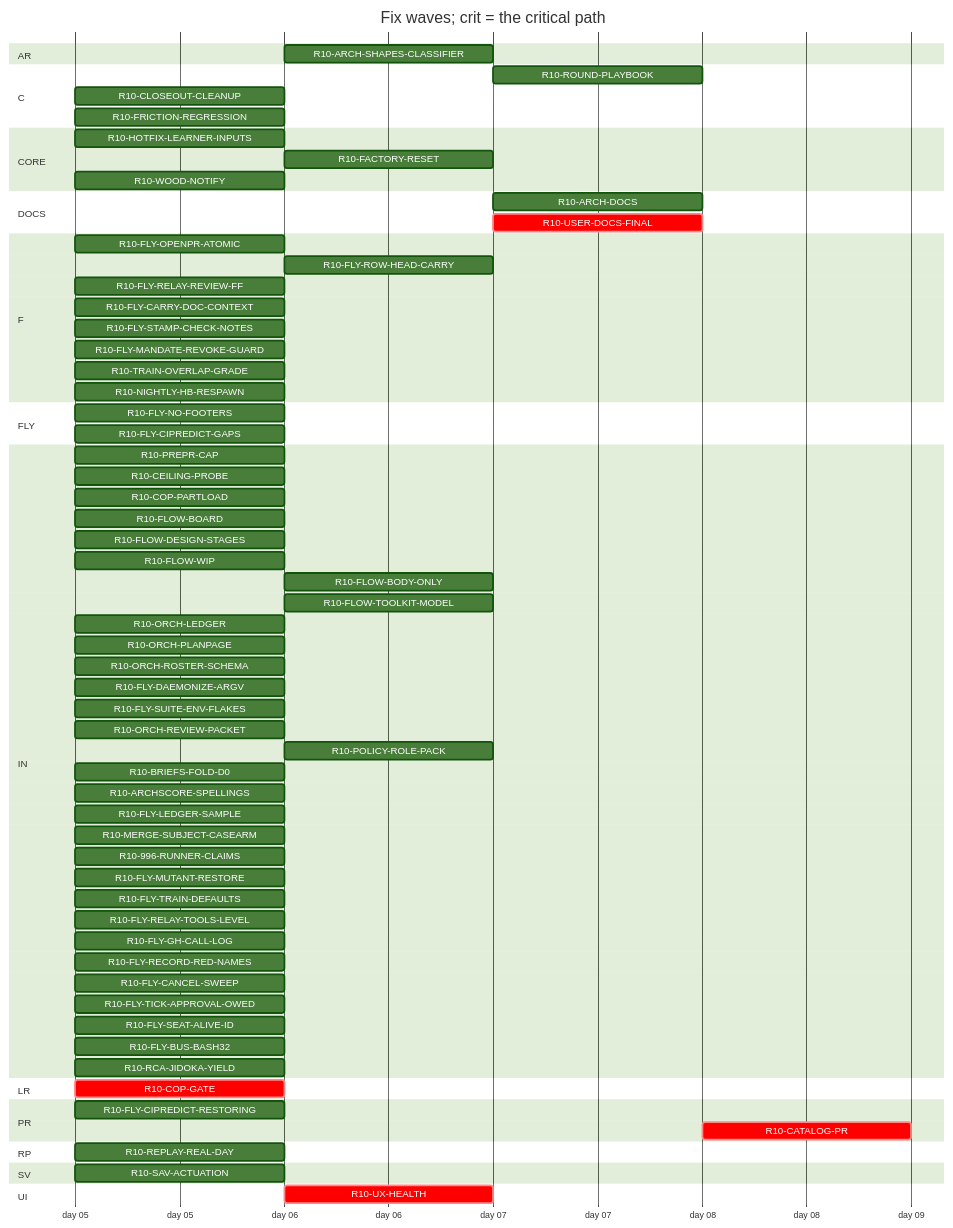
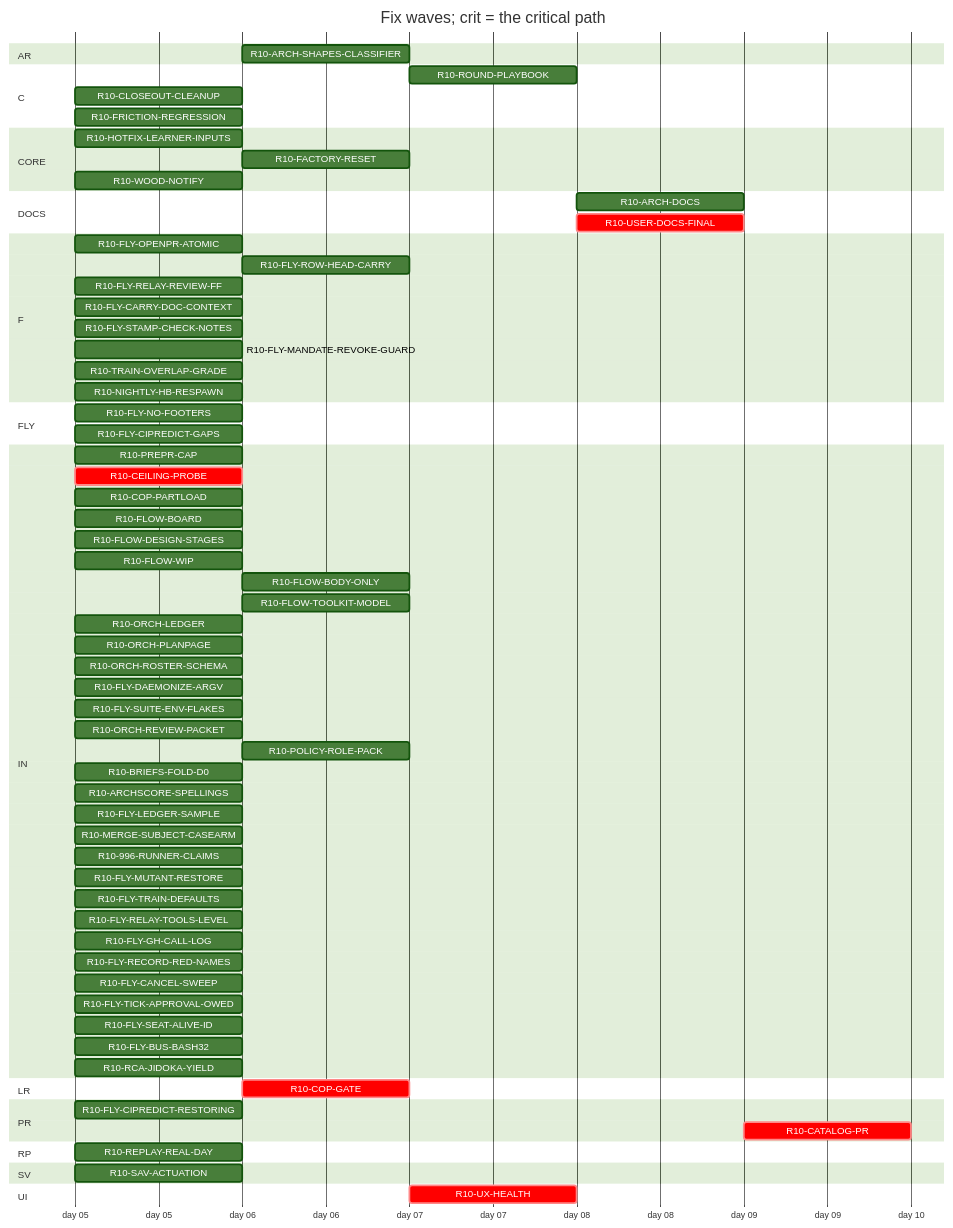
One commit to tvofi/heatpump_optimizer changed the diagram in handoff/round10/state/PLAN-TABLE.md. Above: the diagram before and after it, drawn with Mermaid (forest theme). The commit also changed other lines of this file and 3 other files, not shown here.

Commit message:
state: FLOW-BOARD.md, NEXT-SESSION-PROMPT.md, PLAN-TABLE.md, RESUME-CURRENT.md regenerated (state_docs.py)

````diff
--- a/handoff/round10/state/PLAN-TABLE.md
+++ b/handoff/round10/state/PLAN-TABLE.md
@@ -25,73 +25,73 @@
 ```mermaid
 gantt
   title Fix waves; crit = the critical path
   dateFormat YYYY-MM-DD
   axisFormat day %d
   section AR
     R10-ARCH-SHAPES-CLASSIFIER :r10ARCHSHAPESCLASSIFIER, after r10996RUNNERCLAIMS, 1d
   section C
     R10-ROUND-PLAYBOOK :r10ROUNDPLAYBOOK, after r10ORCHLEDGER r10ORCHPLANPAGE r10FLYRELAYREVIEWFF r10FLOWBODYONLY, 1d
     R10-CLOSEOUT-CLEANUP :r10CLOSEOUTCLEANUP, 2026-01-05, 1d
     R10-FRICTION-REGRESSION :r10FRICTIONREGRESSION, 2026-01-05, 1d
   section CORE
     R10-HOTFIX-LEARNER-INPUTS :r10HOTFIXLEARNERINPUTS, 2026-01-05, 1d
     R10-FACTORY-RESET :r10FACTORYRESET, after r10HOTFIXLEARNERINPUTS, 1d
     R10-WOOD-NOTIFY :r10WOODNOTIFY, 2026-01-05, 1d
   section DOCS
     R10-ARCH-DOCS :r10ARCHDOCS, after r10COPGATE r10UXHEALTH r10CEILINGPROBE r10COPPARTLOAD r10FLOWBOARD r10FLOWDESIGNSTAGES r10FLOWWIP r10FLOWBODYONLY r10FLYOPENPRATOMIC r10FLYROWHEADCARRY r10FLYRELAYREVIEWFF r10FLYCARRYDOCCONTEXT r10FLOWTOOLKITMODEL r10FLYSTAMPCHECKNOTES r10FLYMANDATEREVOKEGUARD r10TRAINOVERLAPGRADE r10NIGHTLYHBRESPAWN r10ORCHLEDGER r10ORCHPLANPAGE r10ORCHROSTERSCHEMA r10FLYDAEMONIZEARGV r10ORCHREVIEWPACKET r10POLICYROLEPACK r10BRIEFSFOLDD0 r10REPLAYREALDAY r10ARCHSCORESPELLINGS r10SAVACTUATION r10FLYLEDGERSAMPLE, 1d
     R10-USER-DOCS-FINAL :crit, r10USERDOCSFINAL, after r10COPGATE r10UXHEALTH r10CEILINGPROBE r10COPPARTLOAD r10FLOWBOARD r10FLOWDESIGNSTAGES r10FLOWWIP r10FLOWBODYONLY r10FLYOPENPRATOMIC r10FLYROWHEADCARRY r10FLYRELAYREVIEWFF r10FLYCARRYDOCCONTEXT r10FLOWTOOLKITMODEL r10FLYSTAMPCHECKNOTES r10FLYMANDATEREVOKEGUARD r10TRAINOVERLAPGRADE r10NIGHTLYHBRESPAWN r10ORCHLEDGER r10ORCHPLANPAGE r10ORCHROSTERSCHEMA r10FLYDAEMONIZEARGV r10ORCHREVIEWPACKET r10POLICYROLEPACK r10BRIEFSFOLDD0 r10REPLAYREALDAY r10ARCHSCORESPELLINGS r10SAVACTUATION r10FLYLEDGERSAMPLE r10HOTFIXLEARNERINPUTS r10FACTORYRESET r10WOODNOTIFY, 1d
   section F
     R10-FLY-OPENPR-ATOMIC :r10FLYOPENPRATOMIC, 2026-01-05, 1d
     R10-FLY-ROW-HEAD-CARRY :r10FLYROWHEADCARRY, after r10FLYOPENPRATOMIC, 1d
     R10-FLY-RELAY-REVIEW-FF :r10FLYRELAYREVIEWFF, 2026-01-05, 1d
     R10-FLY-CARRY-DOC-CONTEXT :r10FLYCARRYDOCCONTEXT, 2026-01-05, 1d
     R10-FLY-STAMP-CHECK-NOTES :r10FLYSTAMPCHECKNOTES, 2026-01-05, 1d
     R10-FLY-MANDATE-REVOKE-GUARD :r10FLYMANDATEREVOKEGUARD, 2026-01-05, 1d
     R10-TRAIN-OVERLAP-GRADE :r10TRAINOVERLAPGRADE, 2026-01-05, 1d
     R10-NIGHTLY-HB-RESPAWN :r10NIGHTLYHBRESPAWN, 2026-01-05, 1d
   section FLY
     R10-FLY-NO-FOOTERS :r10FLYNOFOOTERS, 2026-01-05, 1d
     R10-FLY-CIPREDICT-GAPS :r10FLYCIPREDICTGAPS, 2026-01-05, 1d
   section IN
     R10-PREPR-CAP :r10PREPRCAP, 2026-01-05, 1d
-    R10-CEILING-PROBE :r10CEILINGPROBE, 2026-01-05, 1d
+    R10-CEILING-PROBE :crit, r10CEILINGPROBE, 2026-01-05, 1d
     R10-COP-PARTLOAD :r10COPPARTLOAD, 2026-01-05, 1d
     R10-FLOW-BOARD :r10FLOWBOARD, 2026-01-05, 1d
     R10-FLOW-DESIGN-STAGES :r10FLOWDESIGNSTAGES, 2026-01-05, 1d
     R10-FLOW-WIP :r10FLOWWIP, 2026-01-05, 1d
     R10-FLOW-BODY-ONLY :r10FLOWBODYONLY, after r10FLYOPENPRATOMIC, 1d
     R10-FLOW-TOOLKIT-MODEL :r10FLOWTOOLKITMODEL, after r10ORCHPLANPAGE, 1d
     R10-ORCH-LEDGER :r10ORCHLEDGER, 2026-01-05, 1d
     R10-ORCH-PLANPAGE :r10ORCHPLANPAGE, 2026-01-05, 1d
     R10-ORCH-ROSTER-SCHEMA :r10ORCHROSTERSCHEMA, 2026-01-05, 1d
     R10-FLY-DAEMONIZE-ARGV :r10FLYDAEMONIZEARGV, 2026-01-05, 1d
     R10-FLY-SUITE-ENV-FLAKES :r10FLYSUITEENVFLAKES, 2026-01-05, 1d
     R10-ORCH-REVIEW-PACKET :r10ORCHREVIEWPACKET, 2026-01-05, 1d
     R10-POLICY-ROLE-PACK :r10POLICYROLEPACK, after r10FLOWDESIGNSTAGES, 1d
     R10-BRIEFS-FOLD-D0 :r10BRIEFSFOLDD0, 2026-01-05, 1d
     R10-ARCHSCORE-SPELLINGS :r10ARCHSCORESPELLINGS, 2026-01-05, 1d
     R10-FLY-LEDGER-SAMPLE :r10FLYLEDGERSAMPLE, 2026-01-05, 1d
     R10-MERGE-SUBJECT-CASEARM :r10MERGESUBJECTCASEARM, 2026-01-05, 1d
     R10-996-RUNNER-CLAIMS :r10996RUNNERCLAIMS, 2026-01-05, 1d
     R10-FLY-MUTANT-RESTORE :r10FLYMUTANTRESTORE, 2026-01-05, 1d
     R10-FLY-TRAIN-DEFAULTS :r10FLYTRAINDEFAULTS, 2026-01-05, 1d
     R10-FLY-RELAY-TOOLS-LEVEL :r10FLYRELAYTOOLSLEVEL, 2026-01-05, 1d
     R10-FLY-GH-CALL-LOG :r10FLYGHCALLLOG, 2026-01-05, 1d
     R10-FLY-RECORD-RED-NAMES :r10FLYRECORDREDNAMES, 2026-01-05, 1d
     R10-FLY-CANCEL-SWEEP :r10FLYCANCELSWEEP, 2026-01-05, 1d
     R10-FLY-TICK-APPROVAL-OWED :r10FLYTICKAPPROVALOWED, 2026-01-05, 1d
     R10-FLY-SEAT-ALIVE-ID :r10FLYSEATALIVEID, 2026-01-05, 1d
     R10-FLY-BUS-BASH32 :r10FLYBUSBASH32, 2026-01-05, 1d
     R10-RCA-JIDOKA-YIELD :r10RCAJIDOKAYIELD, 2026-01-05, 1d
   section LR
-    R10-COP-GATE :crit, r10COPGATE, 2026-01-05, 1d
+    R10-COP-GATE :crit, r10COPGATE, after r10CEILINGPROBE, 1d
   section PR
     R10-FLY-CIPREDICT-RESTORING :r10FLYCIPREDICTRESTORING, 2026-01-05, 1d
     R10-CATALOG-PR :crit, r10CATALOGPR, after r10USERDOCSFINAL, 1d
   section RP
     R10-REPLAY-REAL-DAY :r10REPLAYREALDAY, 2026-01-05, 1d
   section SV
     R10-SAV-ACTUATION :r10SAVACTUATION, 2026-01-05, 1d
   section UI
     R10-UX-HEALTH :crit, r10UXHEALTH, after r10COPGATE, 1d
 ```
````
